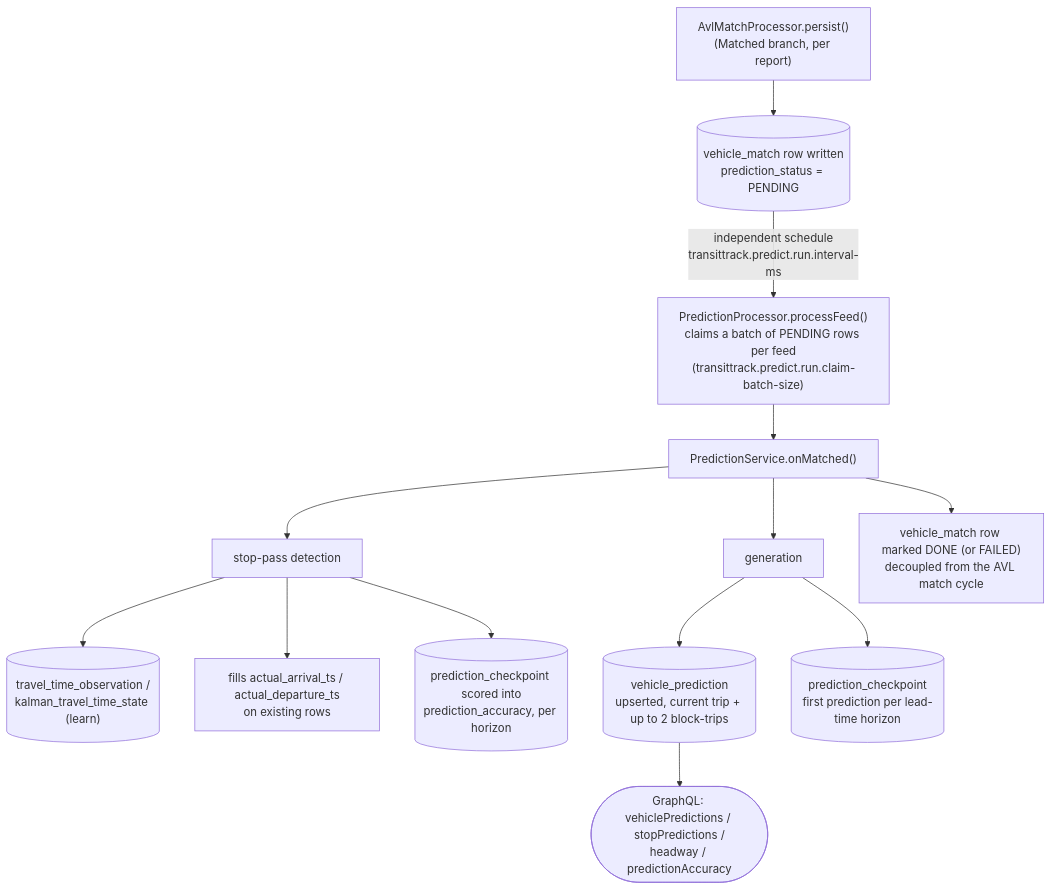
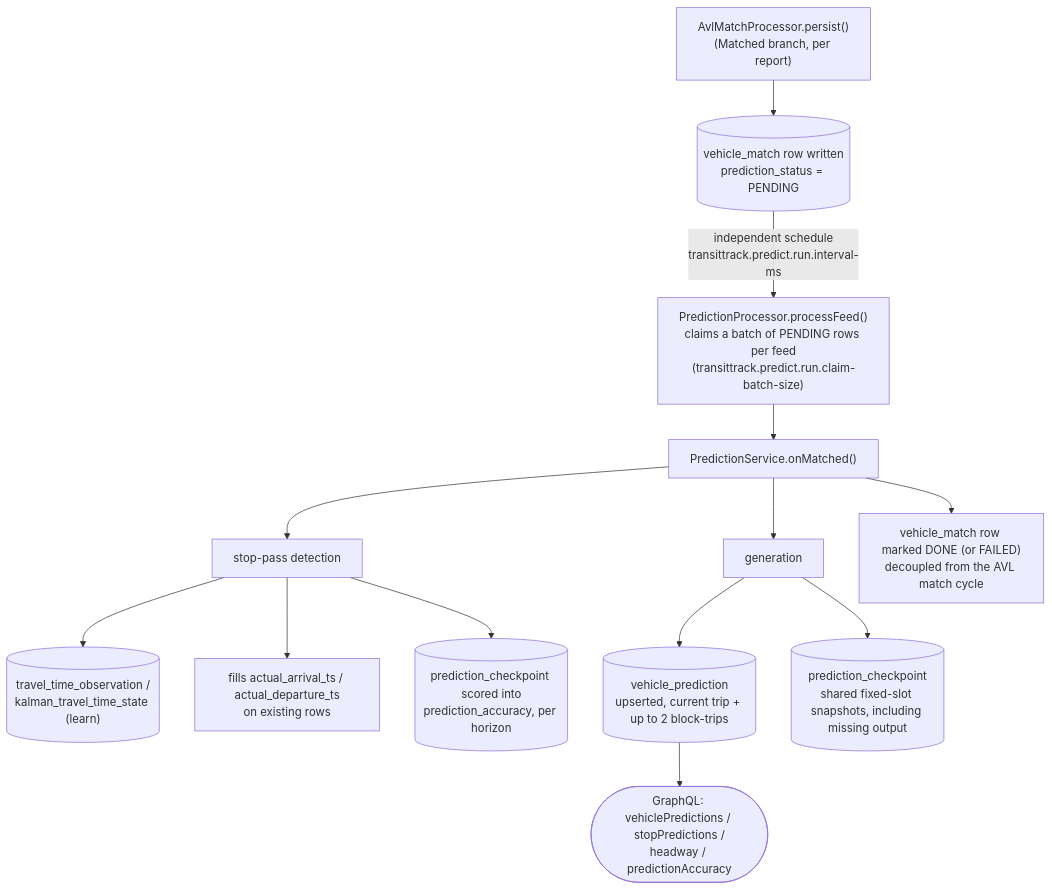
One commit to TransitTrack/lens changed the diagram in docs/predictions.md. Above: the diagram before and after it, drawn with Mermaid. The commit also changed other lines of this file and 46 other files, not shown here.

````diff
--- a/docs/predictions.md
+++ b/docs/predictions.md
@@ -17,18 +18,18 @@
 ```mermaid
 flowchart TD
     A["AvlMatchProcessor.persist()<br/>(Matched branch, per report)"] --> B[("vehicle_match row written<br/>prediction_status = PENDING")]
     B -->|"independent schedule<br/>transittrack.predict.run.interval-ms"| C["PredictionProcessor.processFeed()<br/>claims a batch of PENDING rows per feed<br/>(transittrack.predict.run.claim-batch-size)"]
     C --> D["PredictionService.onMatched()"]
 
     D --> E["stop-pass detection"]
     E --> F[("travel_time_observation /<br/>kalman_travel_time_state (learn)")]
     E --> G["fills actual_arrival_ts / actual_departure_ts<br/>on existing rows"]
     E --> H[("prediction_checkpoint scored into<br/>prediction_accuracy, per horizon")]
 
     D --> I["generation"]
     I --> J[("vehicle_prediction<br/>upserted, current trip + up to 2 block-trips")]
-    I --> M[("prediction_checkpoint<br/>first prediction per lead-time horizon")]
+    I --> M[("prediction_checkpoint<br/>shared fixed-slot snapshots, including missing output")]
     J --> K(["GraphQL: vehiclePredictions / stopPredictions /<br/>headway / predictionAccuracy"])
 
     D --> L["vehicle_match row marked DONE (or FAILED)<br/>decoupled from the AVL match cycle"]
 ```
````
